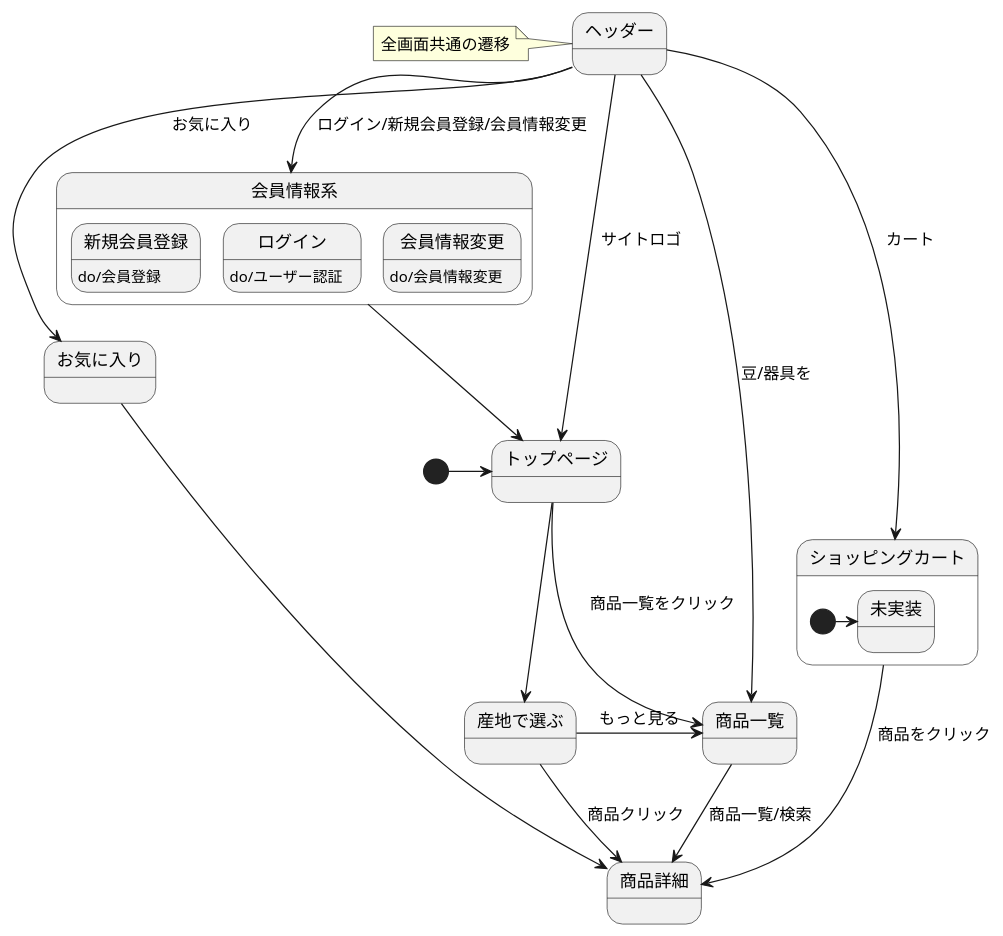
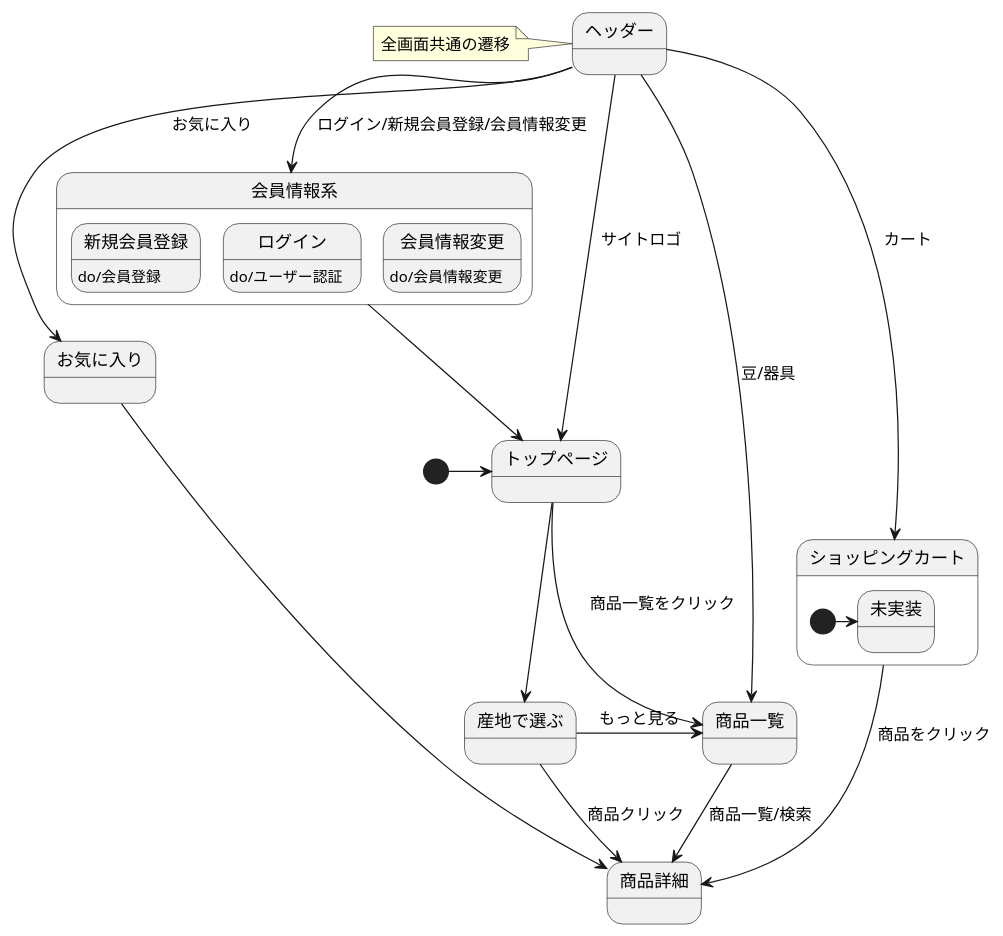
The diagram in 03_画面遷移図/stm_03.md (Aso2101122/coffeeEC), drawn with PlantUML before and after one commit.

````diff
--- a/03_画面遷移図/stm_03.md
+++ b/03_画面遷移図/stm_03.md
@@ -2,34 +2,34 @@
 ```uml
 @startuml
 [*]-right->トップページ
 トップページ-right->商品一覧: 商品一覧をクリック
 トップページ-->産地で選ぶ
 産地で選ぶ-right->商品一覧 : もっと見る
 産地で選ぶ-down->商品詳細 : 商品クリック
 商品一覧->商品詳細: 商品一覧/検索
 お気に入り-right->商品詳細
 ショッピングカート->商品詳細: 商品をクリック
 
 state ヘッダー{
 }
 note left of ヘッダー: 全画面共通の遷移
 
 
 ヘッダー-down->トップページ: サイトロゴ
-ヘッダー-down->商品一覧: 豆/器具を
+ヘッダー-down->商品一覧: 豆/器具
 ヘッダー-down->会員情報系: ログイン/新規会員登録/会員情報変更
 ヘッダー-down->お気に入り: お気に入り
 ヘッダー-down->ショッピングカート: カート
 
 state 会員情報系{
 新規会員登録 : do/会員登録
 ログイン : do/ユーザー認証
 会員情報変更 : do/会員情報変更
 }
 会員情報系-down->トップページ
 
 state ショッピングカート{
 [*]-right->未実装
 }
 @enduml
 ```
````
